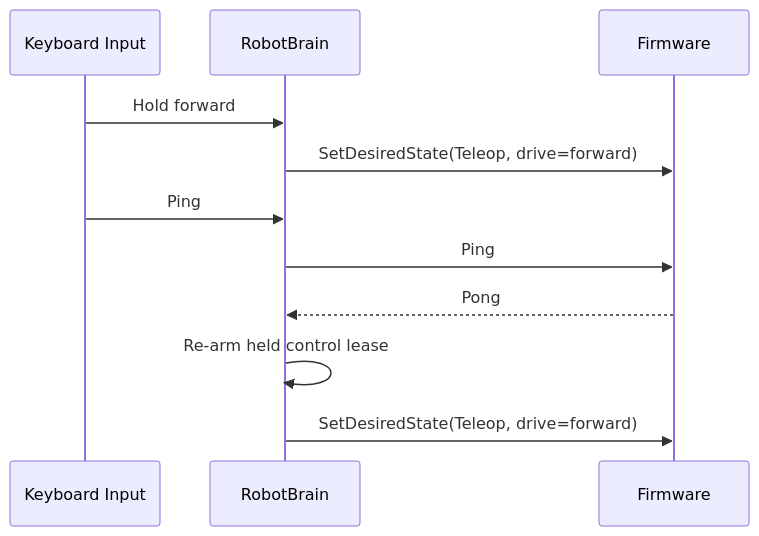
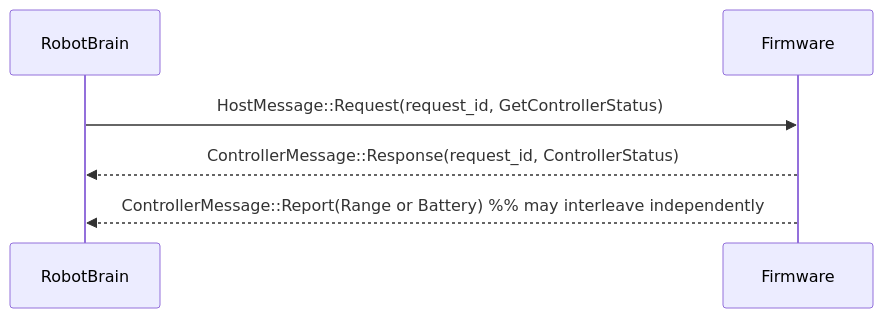
One commit to thiezn/morTimmy changed the second of 2 diagrams in docs/src/architecture/protocol.md. Above: the diagram before and after it, drawn with Mermaid. The commit also changed other lines of this file and 56 other files, not shown here.

Commit message:
Starting with kicad schematics. Moving LCD to motion controller pico so audio is only present on the pico 2 w. We can just plug that in to the brain with USB and don't need to model anything on the PCB

````diff
--- a/docs/src/architecture/protocol.md
+++ b/docs/src/architecture/protocol.md
@@ -96,14 +104,9 @@
 ```mermaid
 sequenceDiagram
-	participant Input as Keyboard Input
 	participant Brain as RobotBrain
 	participant FW as Firmware
 
-	Input->>Brain: Hold forward
-	Brain->>FW: SetDesiredState(Teleop, drive=forward)
-	Input->>Brain: Ping
-	Brain->>FW: Ping
-	FW-->>Brain: Pong
-	Brain->>Brain: Re-arm held control lease
-	Brain->>FW: SetDesiredState(Teleop, drive=forward)
+	Brain->>FW: HostMessage::Request(request_id, GetControllerStatus)
+	FW-->>Brain: ControllerMessage::Response(request_id, ControllerStatus)
+	FW-->>Brain: ControllerMessage::Report(Range or Battery) %% may interleave independently
 ```
````
